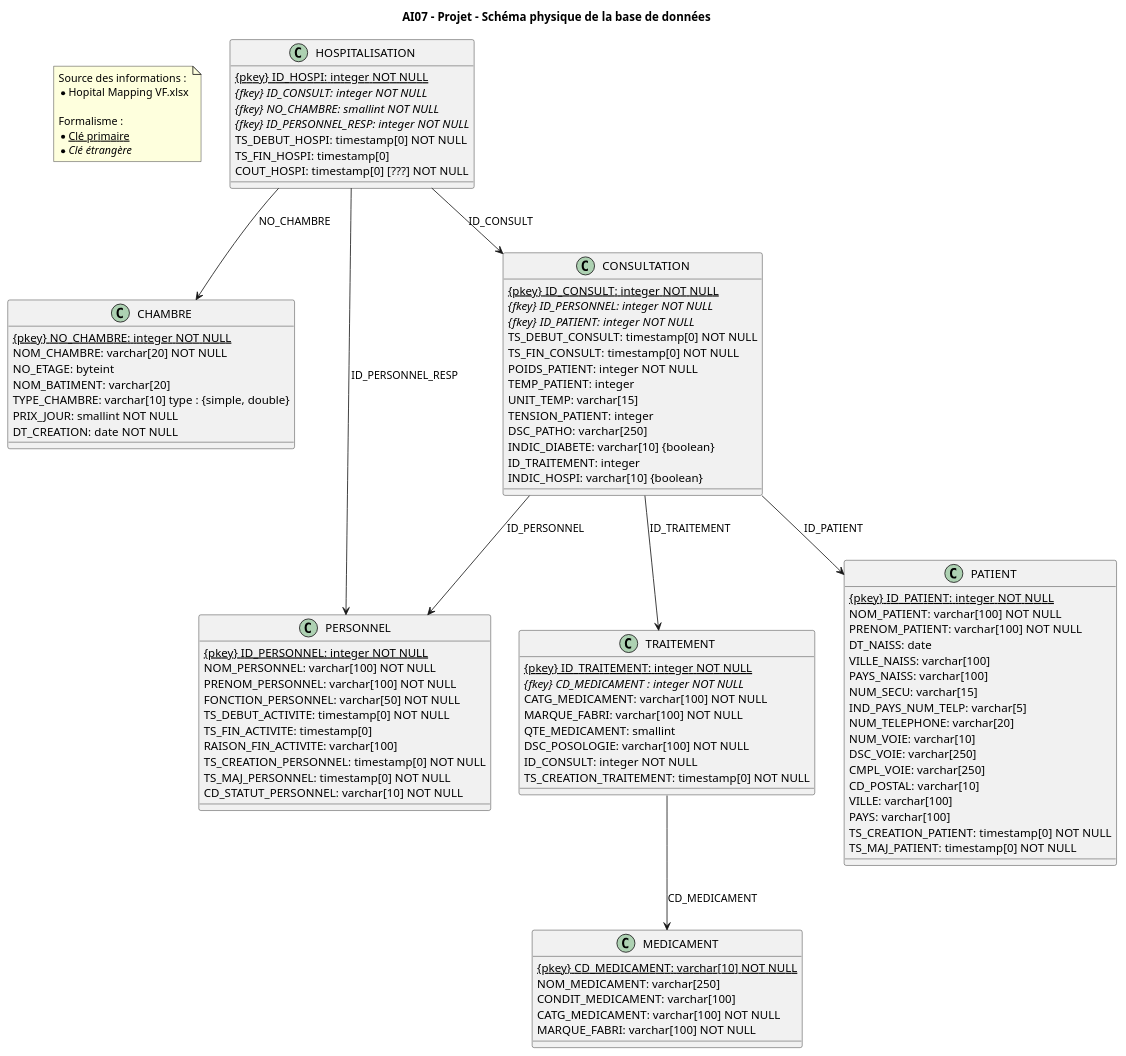
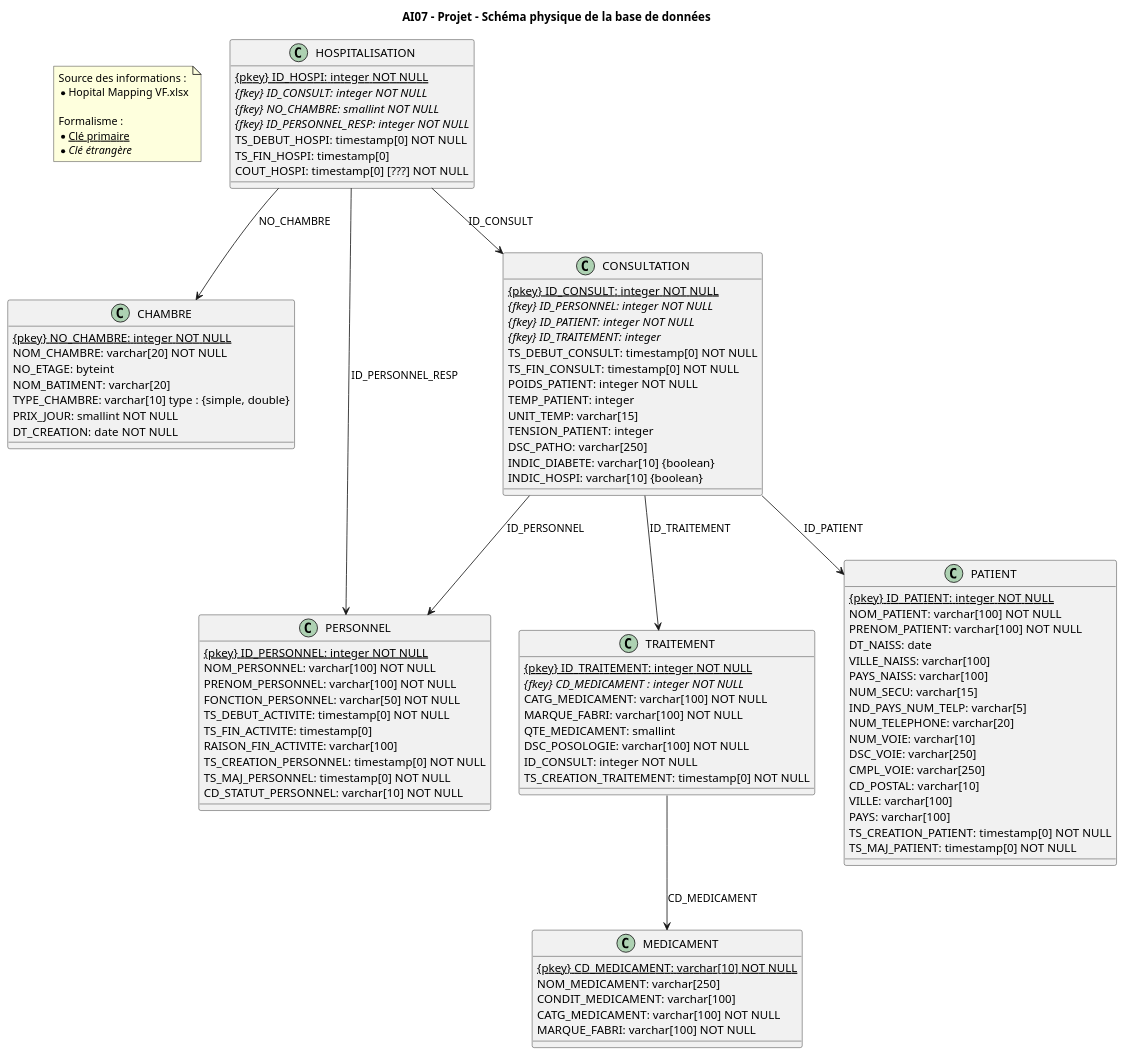
One commit to vlkduro/datawarehouse-snowflake-project changed the diagram in docs/schema_physique.puml. Above: the diagram before and after it, drawn with PlantUML.

Commit message:
fix Consultation table -> ID_TRAITEMENT is a fkey

```diff
--- a/docs/schema_physique.puml
+++ b/docs/schema_physique.puml
@@ -1,111 +1,111 @@
 @startuml schema_physique
 title AI07 - Projet - Schéma physique de la base de données
 
 note as N_Source
   Source des informations :
   * Hopital Mapping VF.xlsx
   
   Formalisme :
   * <u>Clé primaire</u>
   * <i>Clé étrangère</i>
 end note
 
 class CHAMBRE {
   {static} {pkey} NO_CHAMBRE: integer NOT NULL
   NOM_CHAMBRE: varchar[20] NOT NULL
   NO_ETAGE: byteint
   NOM_BATIMENT: varchar[20]
   TYPE_CHAMBRE: varchar[10] type : {simple, double}
   PRIX_JOUR: smallint NOT NULL
   DT_CREATION: date NOT NULL
 }
 
 class TRAITEMENT {
   {static} {pkey} ID_TRAITEMENT: integer NOT NULL
   {abstract} {fkey} CD_MEDICAMENT : integer NOT NULL
   CATG_MEDICAMENT: varchar[100] NOT NULL
   MARQUE_FABRI: varchar[100] NOT NULL
   QTE_MEDICAMENT: smallint
   DSC_POSOLOGIE: varchar[100] NOT NULL
   ID_CONSULT: integer NOT NULL
   TS_CREATION_TRAITEMENT: timestamp[0] NOT NULL
 }
 
 class PERSONNEL {
   {static} {pkey} ID_PERSONNEL: integer NOT NULL
   NOM_PERSONNEL: varchar[100] NOT NULL
   PRENOM_PERSONNEL: varchar[100] NOT NULL
   FONCTION_PERSONNEL: varchar[50] NOT NULL
   TS_DEBUT_ACTIVITE: timestamp[0] NOT NULL
   TS_FIN_ACTIVITE: timestamp[0]
   RAISON_FIN_ACTIVITE: varchar[100]
   TS_CREATION_PERSONNEL: timestamp[0] NOT NULL
   TS_MAJ_PERSONNEL: timestamp[0] NOT NULL
   CD_STATUT_PERSONNEL: varchar[10] NOT NULL
 }
 
 class PATIENT {
   {static} {pkey} ID_PATIENT: integer NOT NULL
   NOM_PATIENT: varchar[100] NOT NULL
   PRENOM_PATIENT: varchar[100] NOT NULL
   DT_NAISS: date
   VILLE_NAISS: varchar[100]
   PAYS_NAISS: varchar[100]
   NUM_SECU: varchar[15]
   IND_PAYS_NUM_TELP: varchar[5]
   NUM_TELEPHONE: varchar[20]
   NUM_VOIE: varchar[10]
   DSC_VOIE: varchar[250]
   CMPL_VOIE: varchar[250]
   CD_POSTAL: varchar[10]
   VILLE: varchar[100]
   PAYS: varchar[100]
   TS_CREATION_PATIENT: timestamp[0] NOT NULL
   TS_MAJ_PATIENT: timestamp[0] NOT NULL
 }
 
 class CONSULTATION {
   {static} {pkey} ID_CONSULT: integer NOT NULL
   {abstract} {fkey} ID_PERSONNEL: integer NOT NULL
   {abstract} {fkey} ID_PATIENT: integer NOT NULL
+  {abstract} {fkey} ID_TRAITEMENT: integer
   TS_DEBUT_CONSULT: timestamp[0] NOT NULL
   TS_FIN_CONSULT: timestamp[0] NOT NULL
   POIDS_PATIENT: integer NOT NULL
   TEMP_PATIENT: integer
   UNIT_TEMP: varchar[15]
   TENSION_PATIENT: integer
   DSC_PATHO: varchar[250]
   INDIC_DIABETE: varchar[10] {boolean}
-  ID_TRAITEMENT: integer
   INDIC_HOSPI: varchar[10] {boolean}
 }
 
 class HOSPITALISATION {
   {static} {pkey} ID_HOSPI: integer NOT NULL
   {abstract} {fkey} ID_CONSULT: integer NOT NULL
   {abstract} {fkey} NO_CHAMBRE: smallint NOT NULL
   {abstract} {fkey} ID_PERSONNEL_RESP: integer NOT NULL
   TS_DEBUT_HOSPI: timestamp[0] NOT NULL
   TS_FIN_HOSPI: timestamp[0]
   COUT_HOSPI: timestamp[0] [???] NOT NULL
 }
 
 class MEDICAMENT {
   {static} {pkey} CD_MEDICAMENT: varchar[10] NOT NULL
   NOM_MEDICAMENT: varchar[250]
   CONDIT_MEDICAMENT: varchar[100]
   CATG_MEDICAMENT: varchar[100] NOT NULL
   MARQUE_FABRI: varchar[100] NOT NULL
 }
 
 TRAITEMENT --> MEDICAMENT : CD_MEDICAMENT
 
 CONSULTATION --> PERSONNEL : ID_PERSONNEL
 CONSULTATION --> PATIENT : ID_PATIENT
 CONSULTATION --> TRAITEMENT : ID_TRAITEMENT
 
 HOSPITALISATION --> CONSULTATION : ID_CONSULT 
 HOSPITALISATION --> PERSONNEL : ID_PERSONNEL_RESP 
 
 HOSPITALISATION --> CHAMBRE : NO_CHAMBRE
 @enduml
```
